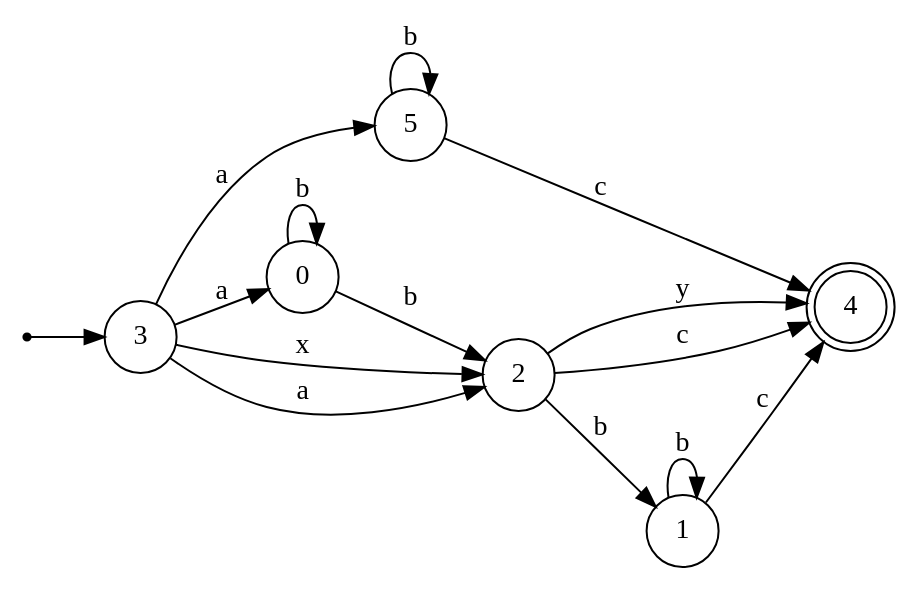
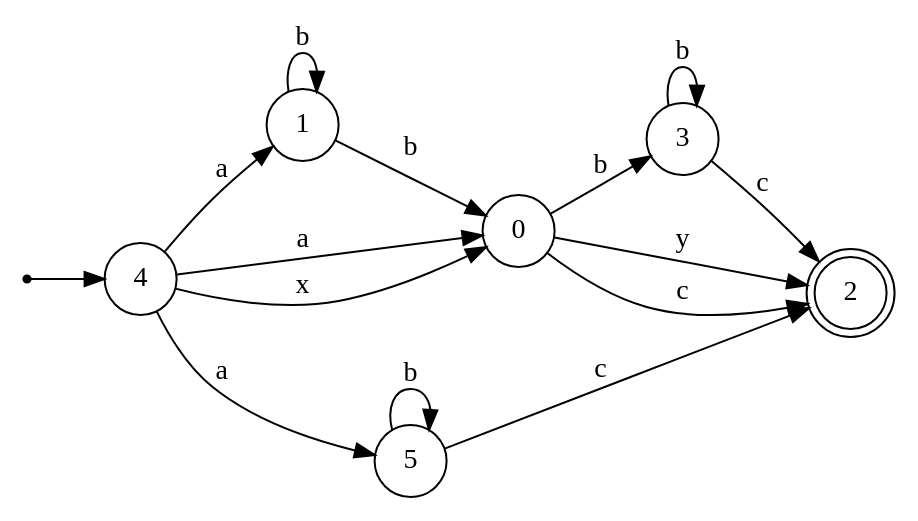
Before and after one commit to LeonardoDeFaveri/NFA-minimization: the diagram in minimized/pre1.gv, drawn with Graphviz. The commit also changed 14 other files, not shown here.

```diff
--- a/minimized/pre1.gv
+++ b/minimized/pre1.gv
@@ -1,25 +1,25 @@
 digraph {
 	rankdir = LR;
 	size = "30,20";
 	node [shape = point]; "dummy0"
-	node [shape = circle]; "3"
-	"dummy0" -> "3";
-	node [shape = doublecircle]; "4";
+	node [shape = circle]; "4"
+	"dummy0" -> "4";
+	node [shape = doublecircle]; "2";
+	node [shape = circle]; "3";
+	node [shape = circle]; "0";
 	node [shape = circle]; "5";
-	node [shape = circle]; "0";
-	node [shape = circle]; "2";
 	node [shape = circle]; "1";
-	"2" -> "4" [label = "y"];
-	"2" -> "4" [label = "c"];
-	"2" -> "1" [label = "b"];
 	"5" -> "5" [label = "b"];
-	"5" -> "4" [label = "c"];
-	"0" -> "0" [label = "b"];
-	"0" -> "2" [label = "b"];
+	"5" -> "2" [label = "c"];
+	"4" -> "1" [label = "a"];
+	"4" -> "5" [label = "a"];
+	"4" -> "0" [label = "a"];
+	"4" -> "0" [label = "x"];
+	"0" -> "3" [label = "b"];
+	"0" -> "2" [label = "y"];
+	"0" -> "2" [label = "c"];
 	"1" -> "1" [label = "b"];
-	"1" -> "4" [label = "c"];
-	"3" -> "2" [label = "x"];
-	"3" -> "5" [label = "a"];
-	"3" -> "2" [label = "a"];
-	"3" -> "0" [label = "a"];
+	"1" -> "0" [label = "b"];
+	"3" -> "3" [label = "b"];
+	"3" -> "2" [label = "c"];
 }
```
